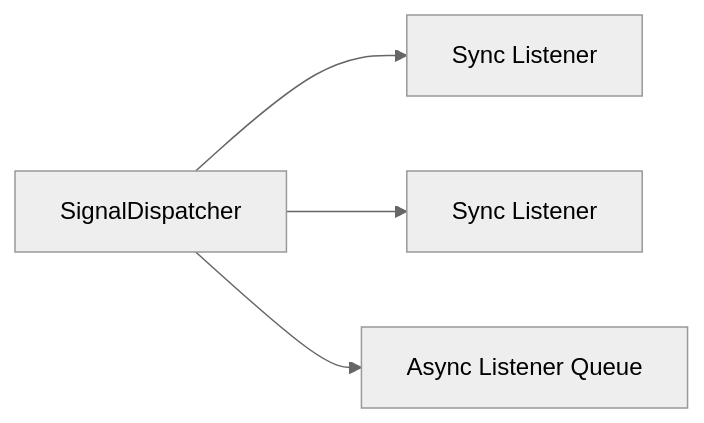
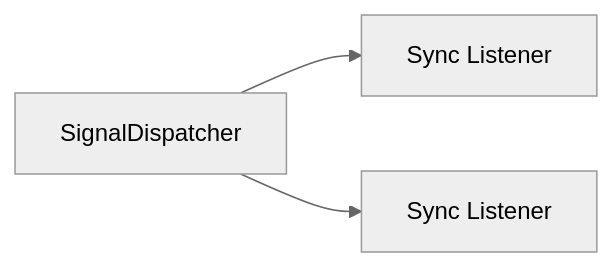
Before and after one commit to YasserElgammal/green-core: the sixth of 6 diagrams in docs/architecture.md, drawn with Mermaid (neutral theme). The commit also changed other lines of this file, not shown here.

Commit message:
docs(architecture): refine architectural approach and update signal dispatch details

````diff
--- a/docs/architecture.md
+++ b/docs/architecture.md
@@ -701,6 +701,5 @@
 ```mermaid
 graph LR
     D[SignalDispatcher] --> L1[Sync Listener]
     D --> L2[Sync Listener]
-    D --> Q[Async Listener Queue]
 ```
````
